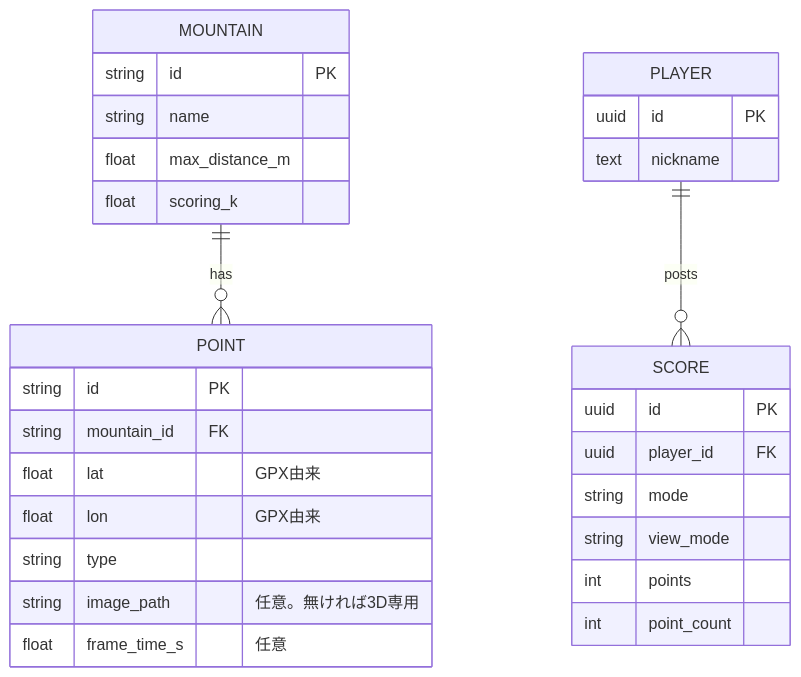
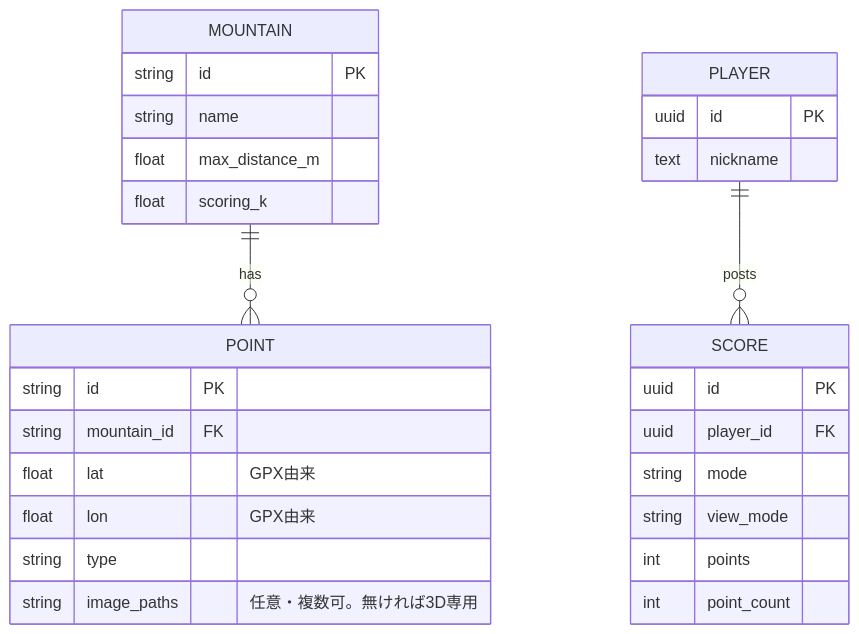
One commit to ry32767/YamaGuessr changed the diagram in docs/data-model.md. Above: the diagram before and after it, drawn with Mermaid. The commit also changed other lines of this file and 27 other files, not shown here.

````diff
--- a/docs/data-model.md
+++ b/docs/data-model.md
@@ -5,32 +5,31 @@
 ```mermaid
 erDiagram
     MOUNTAIN ||--o{ POINT : has
     MOUNTAIN {
         string id PK
         string name
         float max_distance_m
         float scoring_k
     }
     POINT {
         string id PK
         string mountain_id FK
         float lat "GPX由来"
         float lon "GPX由来"
         string type
-        string image_path "任意。無ければ3D専用"
-        float frame_time_s "任意"
+        string image_paths "任意・複数可。無ければ3D専用"
     }
     PLAYER ||--o{ SCORE : posts
     PLAYER {
         uuid id PK
         text nickname
     }
     SCORE {
         uuid id PK
         uuid player_id FK
         string mode
         string view_mode
         int points
         int point_count
     }
 ```
````
